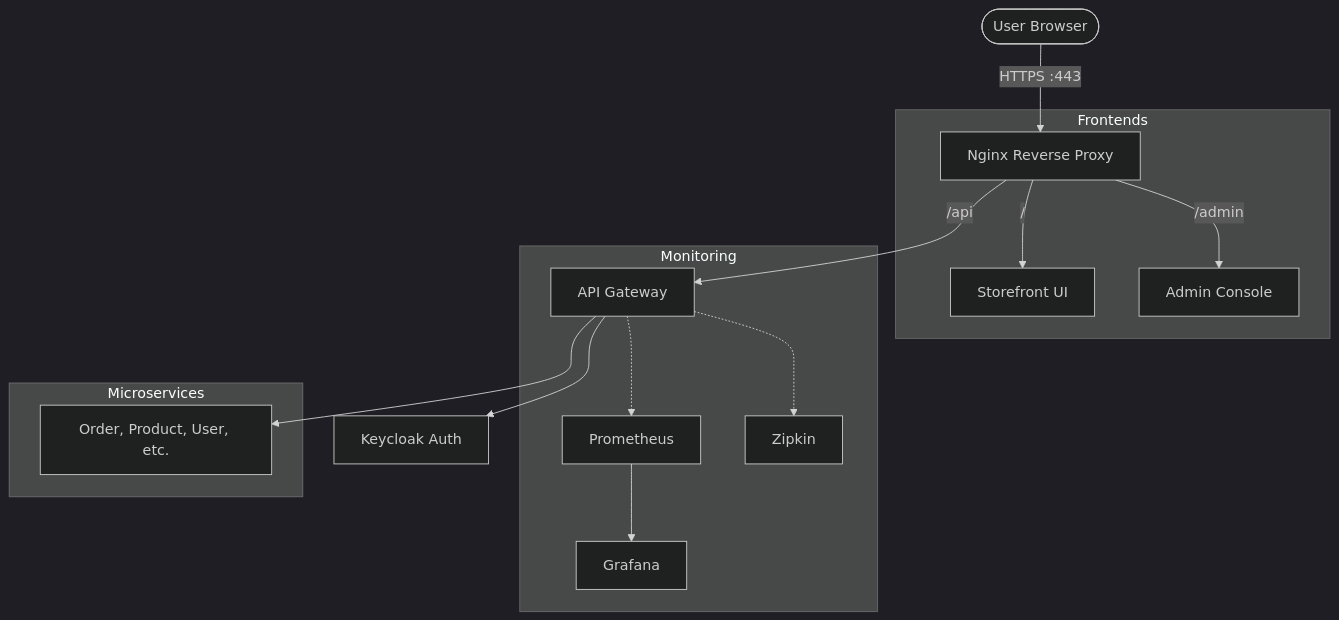
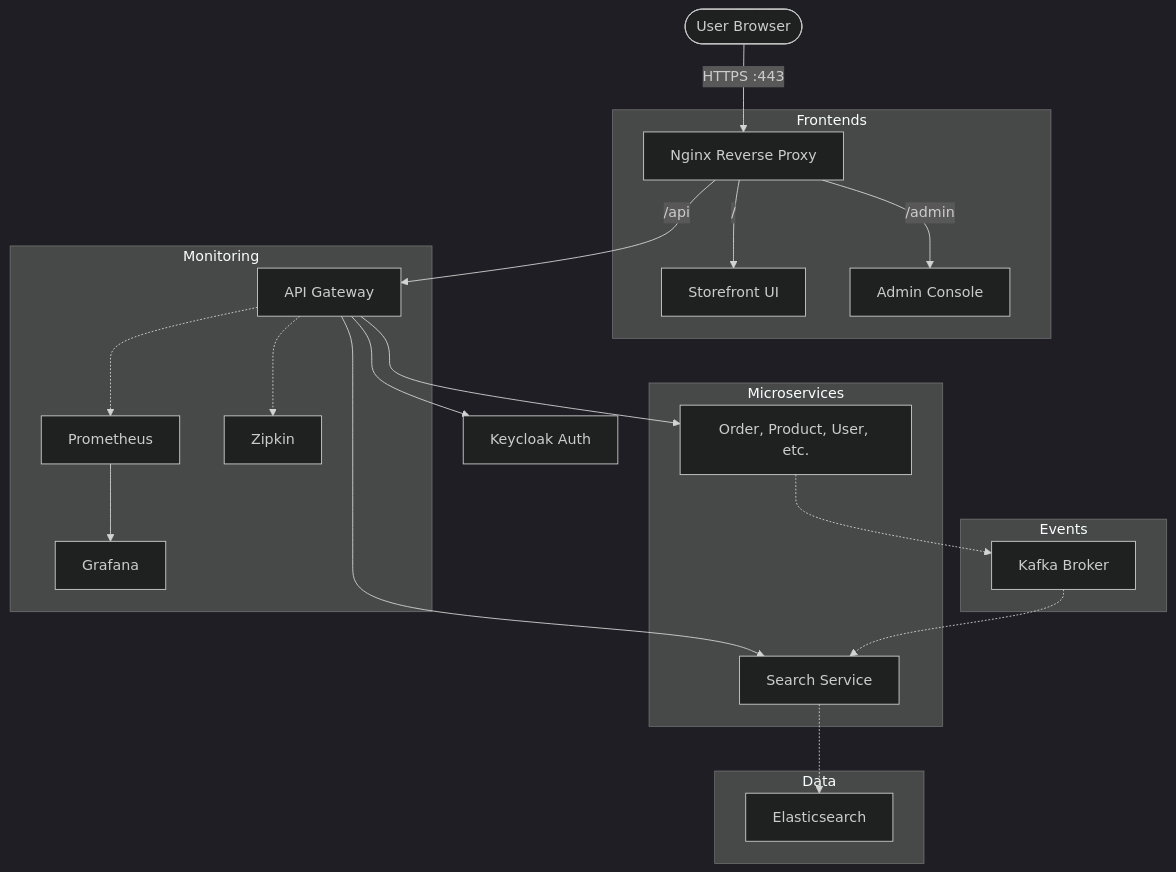
The diagram in phase3.md (ncrkindia/gt-store), drawn with Mermaid (dark theme) before and after one commit. The commit also changed other lines of this file and 1 other file, not shown here.

Commit message:
docs: add Search Service, Elasticsearch, Swagger UI, and PayPal integration details to project documentation

````diff
--- a/phase3.md
+++ b/phase3.md
@@ -47,23 +68,34 @@
 ```mermaid
 flowchart TD
     User([User Browser]) -->|HTTPS :443| Nginx[Nginx Reverse Proxy]
     
     subgraph Frontends
         Nginx -->|/ | Web[Storefront UI]
         Nginx -->|/admin | Admin[Admin Console]
     end
     
     Nginx -->|/api | Gateway[API Gateway]
     
     subgraph Monitoring
         Gateway -.-> Metrics[Prometheus]
         Gateway -.-> Tracing[Zipkin]
         Metrics --> Grafana
     end
     
     subgraph Microservices
         Gateway --> Services[Order, Product, User, etc.]
+        Gateway --> Search[Search Service]
+    end
+    
+    subgraph Events
+        Kafka[Kafka Broker]
+        Services -.-> Kafka
+        Kafka -.-> Search
+    end
+    
+    subgraph Data
+        Search -.-> ES[Elasticsearch]
     end
     
     Gateway --> KC[Keycloak Auth]
 ```
````
